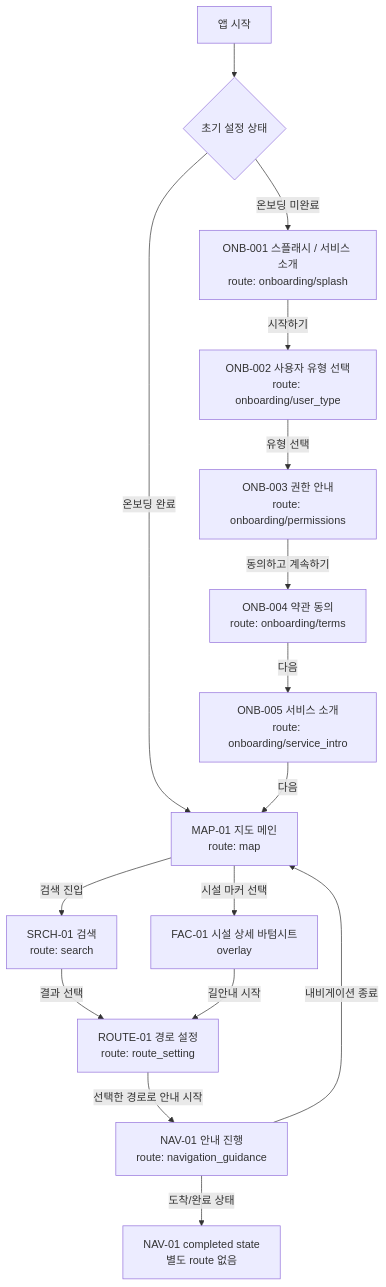
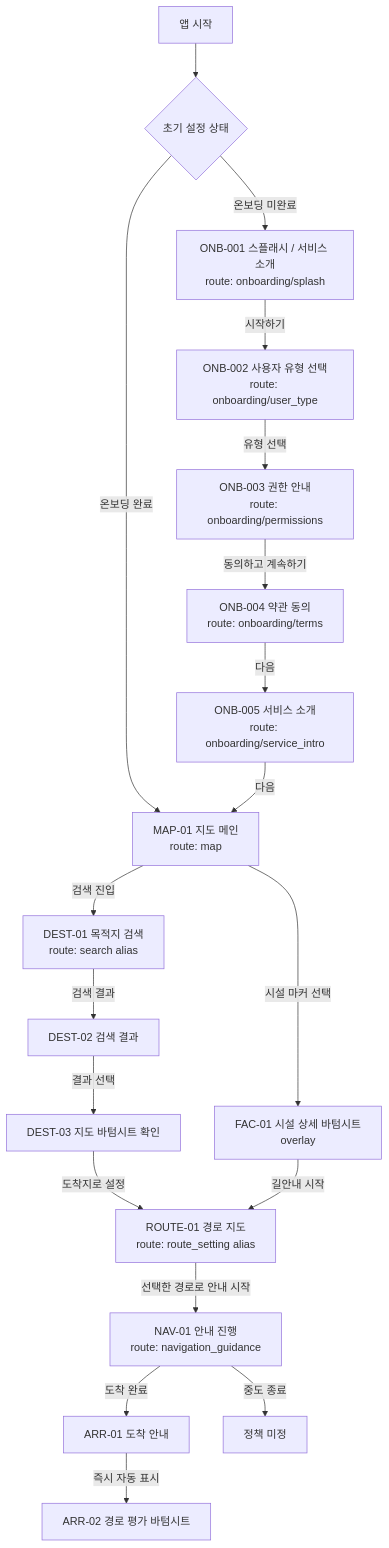
Before and after one commit to busaneumgil/busaneumgil: the first of 5 diagrams in FE/docs/2026-04-22_부산이음길_FE_화면_인벤토리_및_라우트_맵.md, drawn with Mermaid. The commit also changed other lines of this file and 17 other files, not shown here.

````diff
--- a/FE/docs/2026-04-22_부산이음길_FE_화면_인벤토리_및_라우트_맵.md
+++ b/FE/docs/2026-04-22_부산이음길_FE_화면_인벤토리_및_라우트_맵.md
@@ -600,20 +591,23 @@
 ```mermaid
 flowchart TD
     A["앱 시작"] --> B{"초기 설정 상태"}
     B -->|온보딩 미완료| C["ONB-001 스플래시 / 서비스 소개<br/>route: onboarding/splash"]
     B -->|온보딩 완료| F["MAP-01 지도 메인<br/>route: map"]
 
     C -->|시작하기| D["ONB-002 사용자 유형 선택<br/>route: onboarding/user_type"]
     D -->|유형 선택| E["ONB-003 권한 안내<br/>route: onboarding/permissions"]
     E -->|동의하고 계속하기| G0["ONB-004 약관 동의<br/>route: onboarding/terms"]
     G0 -->|다음| H0["ONB-005 서비스 소개<br/>route: onboarding/service_intro"]
     H0 -->|다음| F
 
-    F -->|검색 진입| G["SRCH-01 검색<br/>route: search"]
+    F -->|검색 진입| G["DEST-01 목적지 검색<br/>route: search alias"]
     F -->|시설 마커 선택| H["FAC-01 시설 상세 바텀시트<br/>overlay"]
-    G -->|결과 선택| I["ROUTE-01 경로 설정<br/>route: route_setting"]
+    G -->|검색 결과| G2["DEST-02 검색 결과"]
+    G2 -->|결과 선택| G3["DEST-03 지도 바텀시트 확인"]
+    G3 -->|도착지로 설정| I["ROUTE-01 경로 지도<br/>route: route_setting alias"]
     H -->|길안내 시작| I
     I -->|선택한 경로로 안내 시작| J["NAV-01 안내 진행<br/>route: navigation_guidance"]
-    J -->|도착/완료 상태| K["NAV-01 completed state<br/>별도 route 없음"]
-    J -->|내비게이션 종료| F
+    J -->|도착 완료| K["ARR-01 도착 안내"]
+    K -->|즉시 자동 표시| L["ARR-02 경로 평가 바텀시트"]
+    J -->|중도 종료| M["정책 미정"]
 ```
````
